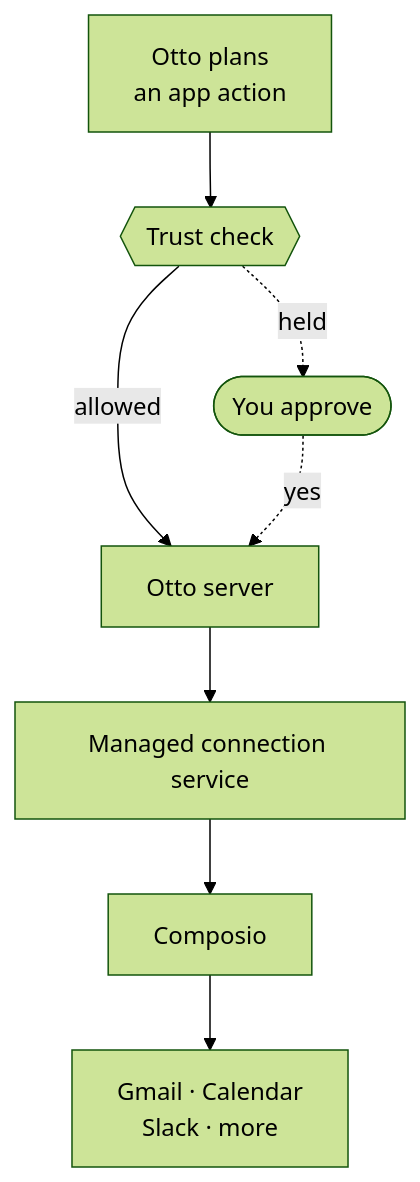
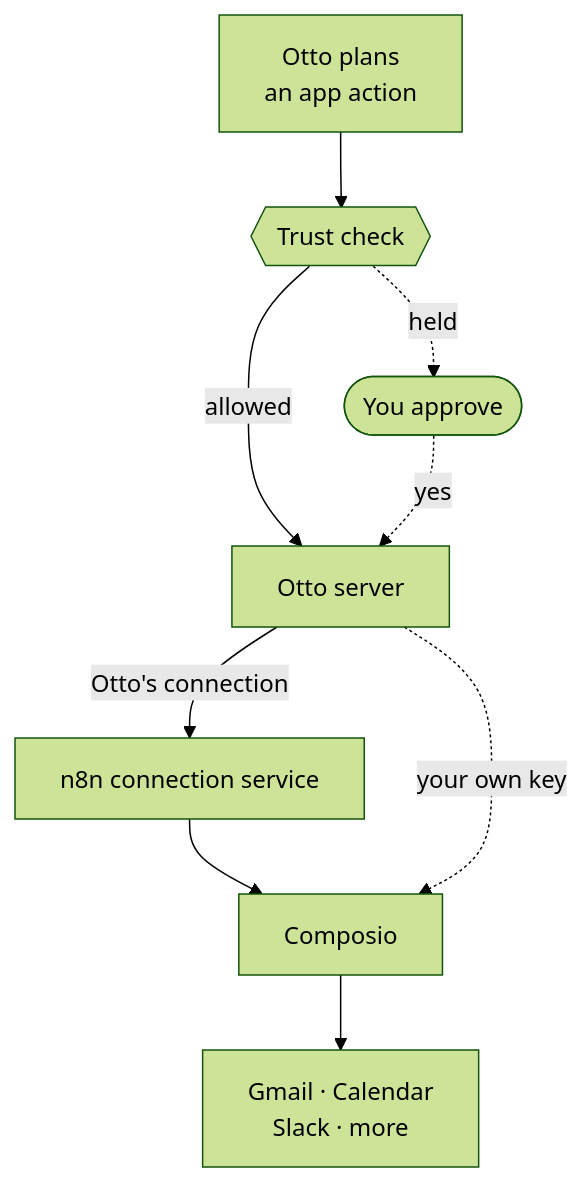
One commit to n8n-io/nod changed the diagram in docs/src/content/docs/connect/apps.mdx. Above: the diagram before and after it, drawn with Mermaid (forest theme). The commit also changed other lines of this file and 56 other files, not shown here.

````diff
--- a/docs/src/content/docs/connect/apps.mdx
+++ b/docs/src/content/docs/connect/apps.mdx
@@ -16,10 +16,11 @@
 ```mermaid
 flowchart TD
   otto[Otto plans<br/>an app action] --> trust{{Trust check}}:::accent
   trust -- allowed --> server[Otto server]
   trust -. held .-> you([You approve]):::accent
   you -. yes .-> server
-  server --> connection[Managed connection service]
+  server -- Otto's connection --> connection[n8n connection service]
   connection --> composio[Composio]
+  server -. your own key .-> composio
   composio --> apps[Gmail · Calendar<br/>Slack · more]
 ```
````
